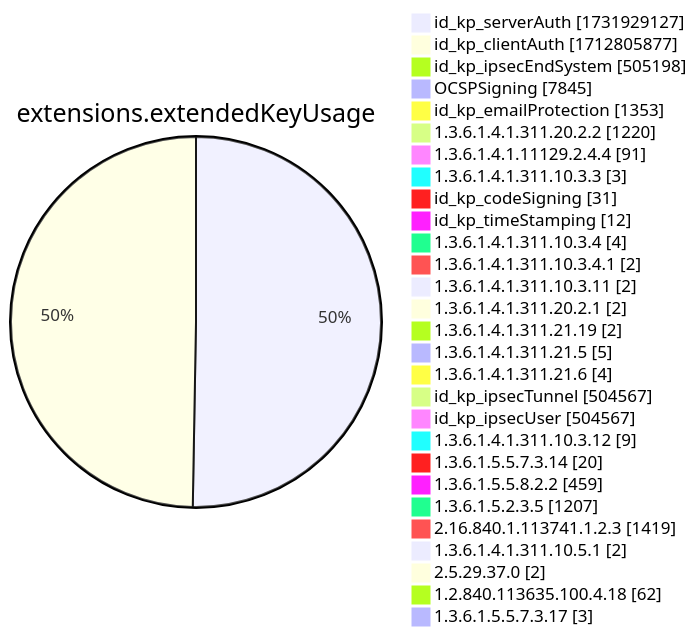
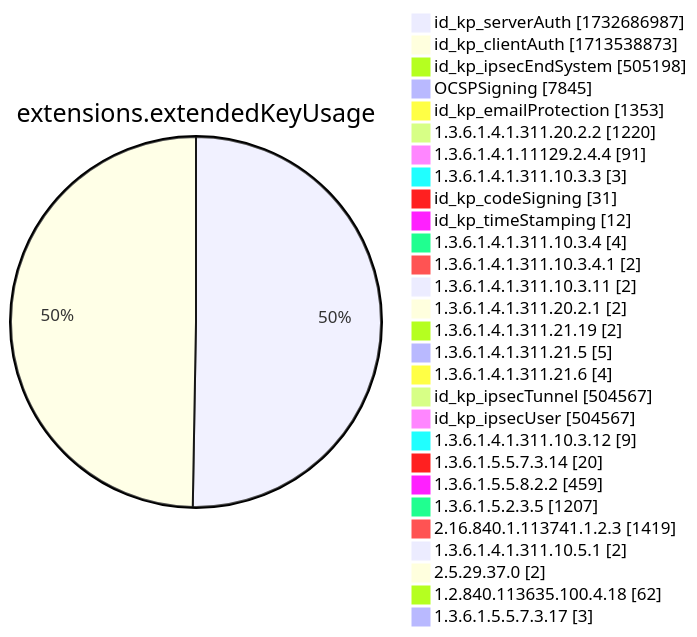
Before and after one commit to christiankrug/ctmonitor_visualization: diagram 12 of 15 in xenon2022/README.md, drawn with Mermaid. The commit also changed other lines of this file, not shown here.

````diff
--- a/xenon2022/README.md
+++ b/xenon2022/README.md
@@ -3890,32 +3890,32 @@
 ```mermaid
 pie showData
 title extensions.extendedKeyUsage
-"id_kp_serverAuth" :1731929127
-"id_kp_clientAuth" :1712805877
+"id_kp_serverAuth" :1732686987
+"id_kp_clientAuth" :1713538873
 "id_kp_ipsecEndSystem" :505198
 "OCSPSigning" :7845
 "id_kp_emailProtection" :1353
 "1.3.6.1.4.1.311.20.2.2" :1220
 "1.3.6.1.4.1.11129.2.4.4" :91
 "1.3.6.1.4.1.311.10.3.3" :3
 "id_kp_codeSigning" :31
 "id_kp_timeStamping" :12
 "1.3.6.1.4.1.311.10.3.4" :4
 "1.3.6.1.4.1.311.10.3.4.1" :2
 "1.3.6.1.4.1.311.10.3.11" :2
 "1.3.6.1.4.1.311.20.2.1" :2
 "1.3.6.1.4.1.311.21.19" :2
 "1.3.6.1.4.1.311.21.5" :5
 "1.3.6.1.4.1.311.21.6" :4
 "id_kp_ipsecTunnel" :504567
 "id_kp_ipsecUser" :504567
 "1.3.6.1.4.1.311.10.3.12" :9
 "1.3.6.1.5.5.7.3.14" :20
 "1.3.6.1.5.5.8.2.2" :459
 "1.3.6.1.5.2.3.5" :1207
 "2.16.840.1.113741.1.2.3" :1419
 "1.3.6.1.4.1.311.10.5.1" :2
 "2.5.29.37.0" :2
 "1.2.840.113635.100.4.18" :62
 "1.3.6.1.5.5.7.3.17" :3
 ```
````
